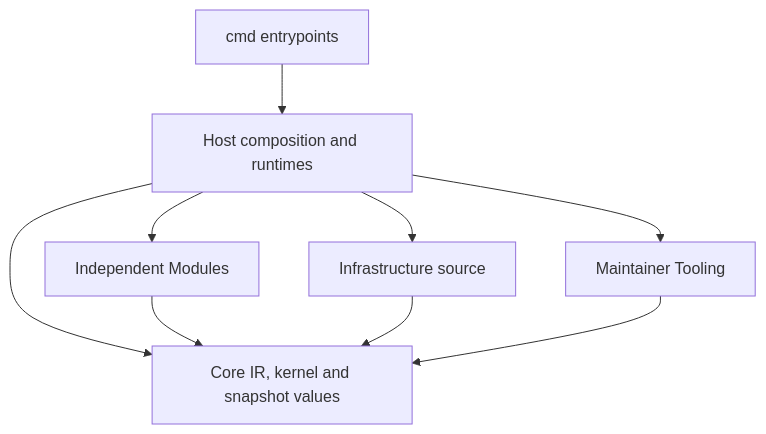
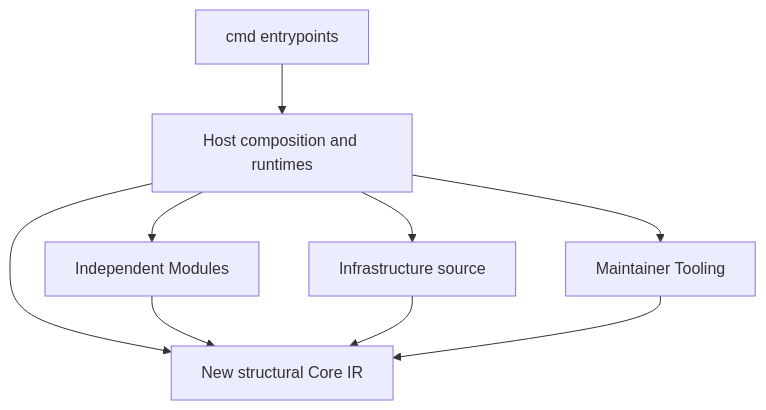
One commit to Glacius-Labs/Markitect changed the second of 2 diagrams in docs/architecture.md. Above: the diagram before and after it, drawn with Mermaid. The commit also changed other lines of this file and 246 other files, not shown here.

Commit message:
Implement canonical structural Core and reconcile-first projection foundation

````diff
--- a/docs/architecture.md
+++ b/docs/architecture.md
@@ -157,11 +159,11 @@
 ```mermaid
 flowchart TD
   CLI[cmd entrypoints] --> Host[Host composition and runtimes]
-  Host --> Core[Core IR, kernel and snapshot values]
+  Host --> Core[New structural Core IR]
   Host --> Modules[Independent Modules]
   Modules --> Core
   Host --> Infra[Infrastructure source]
   Infra --> Core
   Host --> Tooling[Maintainer Tooling]
   Tooling --> Core
 ```
````
